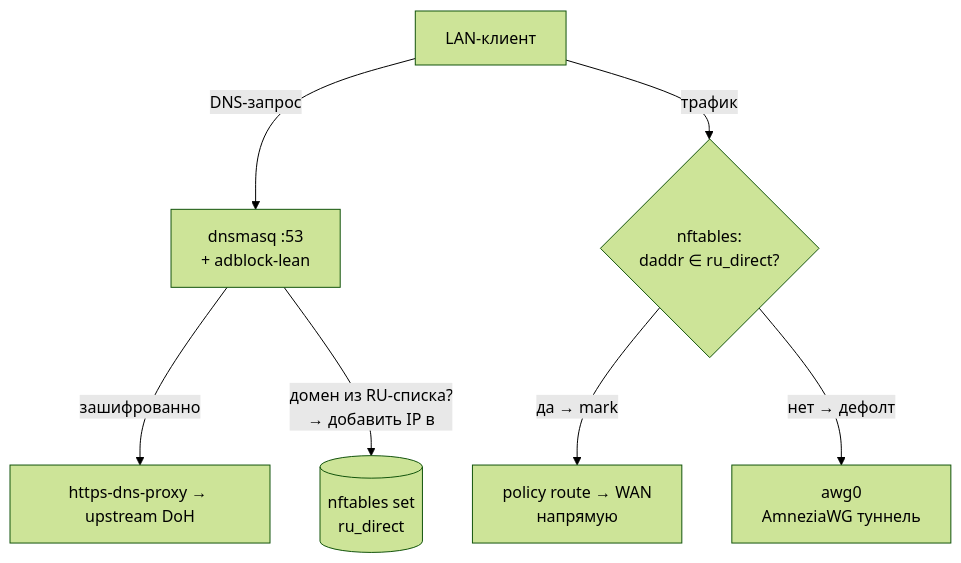
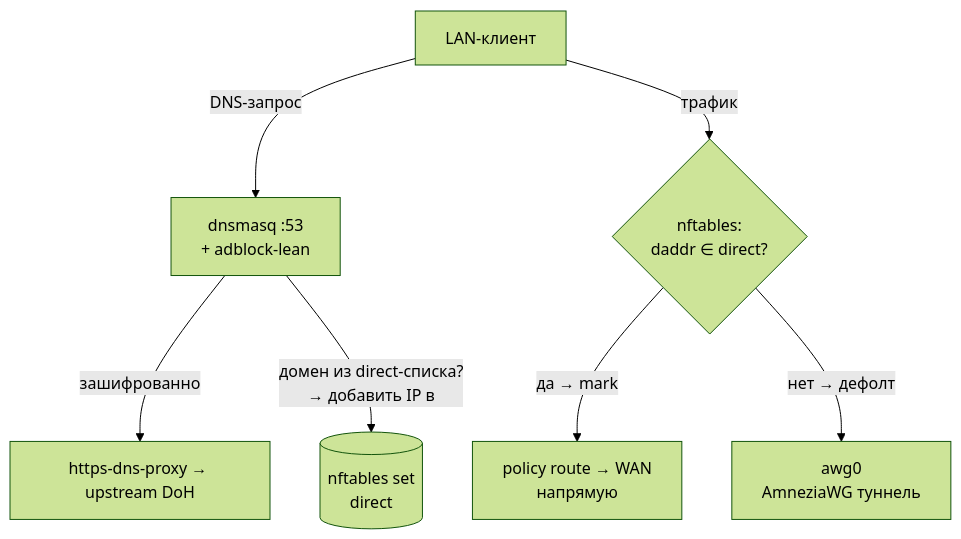
The second of 5 diagrams in docs/architecture-v2.md (andreiyurik/cheburnet-router), drawn with Mermaid (forest theme) before and after one commit. The commit also changed other lines of this file and 37 other files, not shown here.

````diff
--- a/docs/architecture-v2.md
+++ b/docs/architecture-v2.md
@@ -126,10 +126,10 @@
 ```mermaid
 flowchart TB
     client[LAN-клиент] -->|DNS-запрос| dnsmasq
     dnsmasq[dnsmasq :53<br/>+ adblock-lean] -->|зашифрованно| doh[https-dns-proxy → upstream DoH]
-    dnsmasq -->|домен из RU-списка?<br/>→ добавить IP в| set[(nftables set<br/>ru_direct)]
+    dnsmasq -->|домен из direct-списка?<br/>→ добавить IP в| set[(nftables set<br/>direct)]
 
-    client -->|трафик| nft{nftables:<br/>daddr ∈ ru_direct?}
+    client -->|трафик| nft{nftables:<br/>daddr ∈ direct?}
     nft -->|да → mark| direct[policy route → WAN<br/>напрямую]
     nft -->|нет → дефолт| tunnel[awg0<br/>AmneziaWG туннель]
 ```
````
